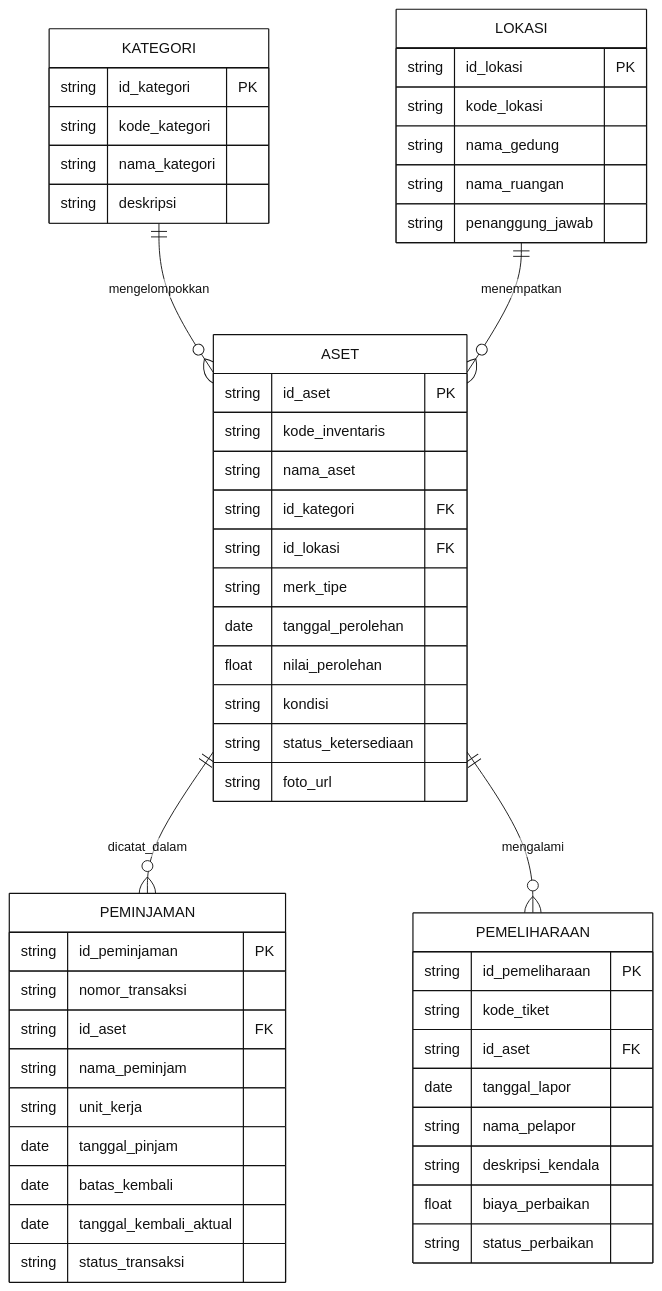
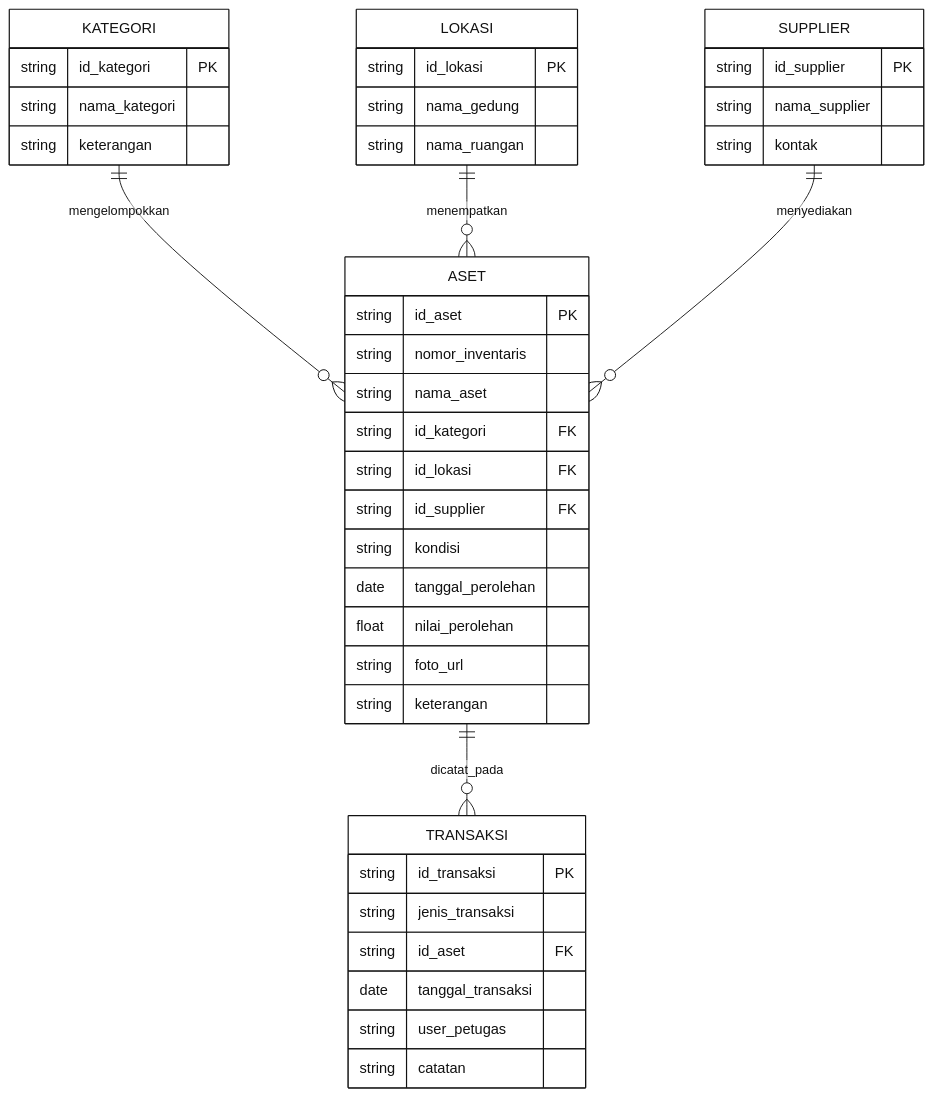
The first of 4 diagrams in docs/perancangan.md (HeinrichRaxwell/Sarpras), drawn with Mermaid before and after one commit. The commit also changed other lines of this file and 10 other files, not shown here.

````diff
--- a/docs/perancangan.md
+++ b/docs/perancangan.md
@@ -74,60 +88,49 @@
 ```mermaid
 %%{init: {'theme': 'base', 'themeVariables': { 'primaryColor': '#ffffff', 'primaryBorderColor': '#111111', 'primaryTextColor': '#111111', 'lineColor': '#111111', 'secondaryColor': '#ffffff', 'tertiaryColor': '#ffffff' }}}%%
 erDiagram
     KATEGORI ||--o{ ASET : "mengelompokkan"
     LOKASI ||--o{ ASET : "menempatkan"
-    ASET ||--o{ PEMINJAMAN : "dicatat_dalam"
-    ASET ||--o{ PEMELIHARAAN : "mengalami"
+    SUPPLIER ||--o{ ASET : "menyediakan"
+    ASET ||--o{ TRANSAKSI : "dicatat_pada"
 
     KATEGORI {
         string id_kategori PK
-        string kode_kategori
         string nama_kategori
-        string deskripsi
+        string keterangan
     }
 
     LOKASI {
         string id_lokasi PK
-        string kode_lokasi
         string nama_gedung
         string nama_ruangan
-        string penanggung_jawab
+    }
+
+    SUPPLIER {
+        string id_supplier PK
+        string nama_supplier
+        string kontak
     }
 
     ASET {
         string id_aset PK
-        string kode_inventaris
+        string nomor_inventaris
         string nama_aset
         string id_kategori FK
         string id_lokasi FK
-        string merk_tipe
+        string id_supplier FK
+        string kondisi
         date tanggal_perolehan
         float nilai_perolehan
-        string kondisi
-        string status_ketersediaan
         string foto_url
+        string keterangan
     }
 
-    PEMINJAMAN {
-        string id_peminjaman PK
-        string nomor_transaksi
+    TRANSAKSI {
+        string id_transaksi PK
+        string jenis_transaksi
         string id_aset FK
-        string nama_peminjam
-        string unit_kerja
-        date tanggal_pinjam
-        date batas_kembali
-        date tanggal_kembali_aktual
-        string status_transaksi
-    }
-
-    PEMELIHARAAN {
-        string id_pemeliharaan PK
-        string kode_tiket
-        string id_aset FK
-        date tanggal_lapor
-        string nama_pelapor
-        string deskripsi_kendala
-        float biaya_perbaikan
-        string status_perbaikan
+        date tanggal_transaksi
+        string user_petugas
+        string catatan
     }
 ```
````
